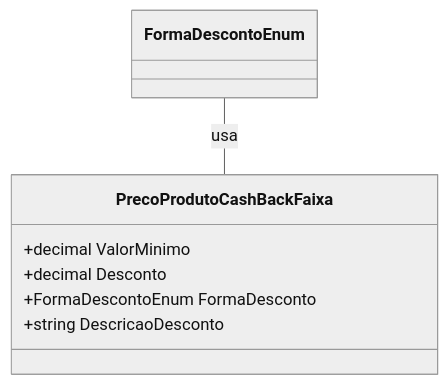
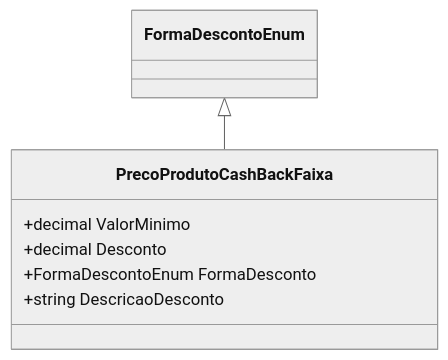
One commit to IsthmusSistemas/documentacao-tecnica changed the diagram in docs/b2b-dominio/IsthmusWinthor.Nucleo/IsthmusWinthor.Dominio/POCO/Precos/PrecoProdutoCashBackFaixa.md. Above: the diagram before and after it, drawn with Mermaid (neutral theme). The commit also changed other lines of this file and 882 other files, not shown here.

````diff
--- a/docs/b2b-dominio/IsthmusWinthor.Nucleo/IsthmusWinthor.Dominio/POCO/Precos/PrecoProdutoCashBackFaixa.md
+++ b/docs/b2b-dominio/IsthmusWinthor.Nucleo/IsthmusWinthor.Dominio/POCO/Precos/PrecoProdutoCashBackFaixa.md
@@ -40,10 +21,10 @@
 ```mermaid
 classDiagram
     class PrecoProdutoCashBackFaixa {
         +decimal ValorMinimo
         +decimal Desconto
         +FormaDescontoEnum FormaDesconto
         +string DescricaoDesconto
     }
-    FormaDescontoEnum -- PrecoProdutoCashBackFaixa : usa
+    FormaDescontoEnum <|-- PrecoProdutoCashBackFaixa
 ```
````
